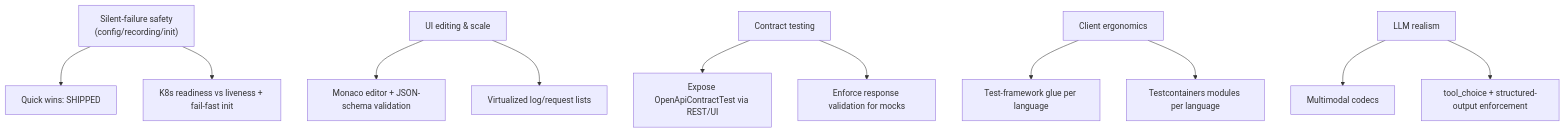
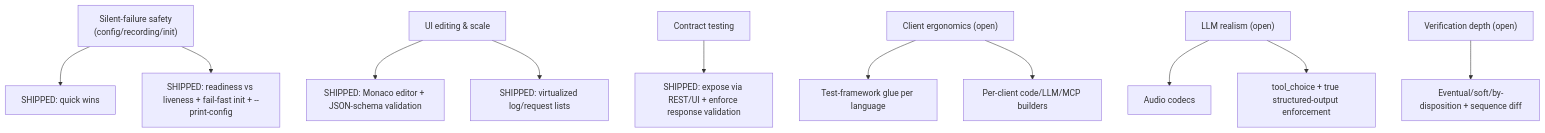
The diagram in docs/plans/feature-improvement-roadmap.md (sean8601/mockserver-monorepo), drawn with Mermaid before and after one commit. The commit also changed other lines of this file and 3 other files, not shown here.

First line of the commit message:
docs(plans): re-audit roadmaps against shipped code (2026-06-19)

````diff
--- a/docs/plans/feature-improvement-roadmap.md
+++ b/docs/plans/feature-improvement-roadmap.md
@@ -39,13 +78,13 @@
 ```mermaid
 flowchart TD
-    A["Silent-failure safety\n(config/recording/init)"] --> A1["Quick wins: SHIPPED"]
-    A --> A2["K8s readiness vs liveness + fail-fast init"]
-    B["UI editing & scale"] --> B1["Monaco editor + JSON-schema validation"]
-    B --> B2["Virtualized log/request lists"]
-    C["Contract testing"] --> C1["Expose OpenApiContractTest via REST/UI"]
-    C --> C2["Enforce response validation for mocks"]
-    D["Client ergonomics"] --> D1["Test-framework glue per language"]
-    D --> D2["Testcontainers modules per language"]
-    E["LLM realism"] --> E1["Multimodal codecs"]
-    E --> E2["tool_choice + structured-output enforcement"]
+    A["Silent-failure safety\n(config/recording/init)"] --> A1["SHIPPED: quick wins"]
+    A --> A2["SHIPPED: readiness vs liveness + fail-fast init + --print-config"]
+    B["UI editing & scale"] --> B1["SHIPPED: Monaco editor + JSON-schema validation"]
+    B --> B2["SHIPPED: virtualized log/request lists"]
+    C["Contract testing"] --> C1["SHIPPED: expose via REST/UI + enforce response validation"]
+    D["Client ergonomics (open)"] --> D1["Test-framework glue per language"]
+    D --> D2["Per-client code/LLM/MCP builders"]
+    E["LLM realism (open)"] --> E1["Audio codecs"]
+    E --> E2["tool_choice + true structured-output enforcement"]
+    F["Verification depth (open)"] --> F1["Eventual/soft/by-disposition + sequence diff"]
 ```
````
